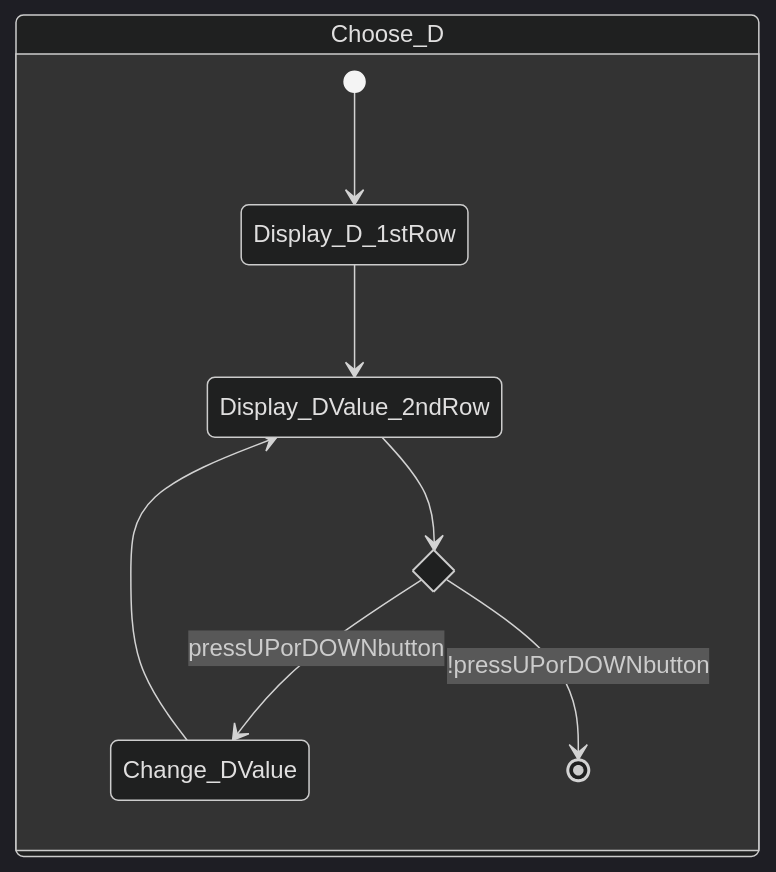
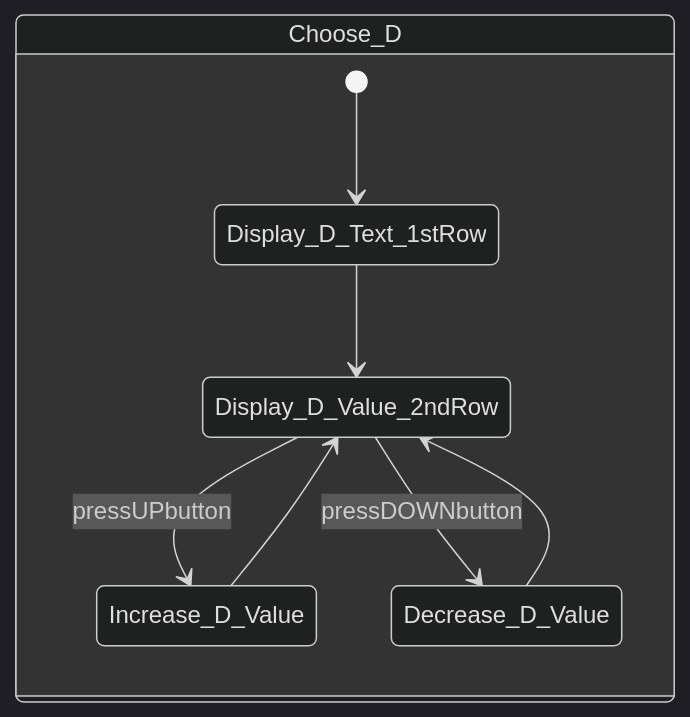
One commit to sondhg/embedded-control-fsm changed the tenth of 10 diagrams in README.md. Above: the diagram before and after it, drawn with Mermaid (dark theme). The commit also changed other lines of this file, not shown here.

Commit message:
refactor state diagram for improved clarity and flow in temperature controller interface

````diff
--- a/README.md
+++ b/README.md
@@ -205,14 +177,14 @@
 ```mermaid
 stateDiagram-v2
     direction TB
     state Choose_D {
-        [*] --> Display_D_1stRow
-        Display_D_1stRow --> Display_DValue_2ndRow
+        [*] --> Display_D_Text_1stRow
+        Display_D_Text_1stRow --> Display_D_Value_2ndRow
+        Display_D_Value_2ndRow --> Increase_D_Value: pressUPbutton
+        Increase_D_Value --> Display_D_Value_2ndRow
+        Display_D_Value_2ndRow --> Decrease_D_Value: pressDOWNbutton
+        Decrease_D_Value --> Display_D_Value_2ndRow
 
-            state if_state_change_D_value <<choice>>
-            Display_DValue_2ndRow --> if_state_change_D_value
-            if_state_change_D_value --> Change_DValue: pressUPorDOWNbutton
-            Change_DValue --> Display_DValue_2ndRow
-            if_state_change_D_value --> [*]: !pressUPorDOWNbutton
+
         }
 ```
````
